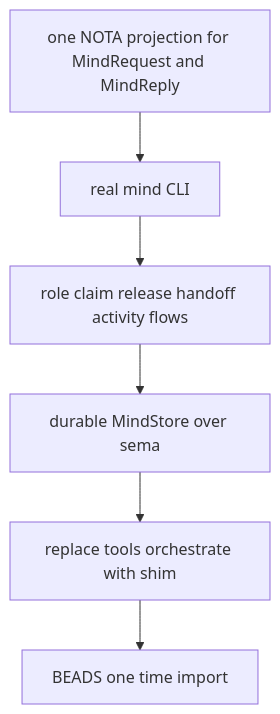
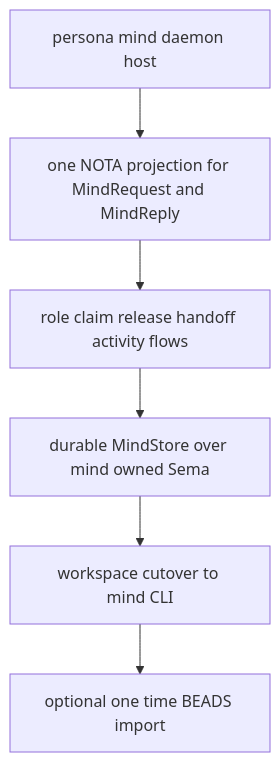
Diagram 13 of 13 in reports/operator/105-command-line-mind-architecture-survey.md (LiGoldragon/primary), drawn with Mermaid before and after one commit. The commit also changed other lines of this file and 3 other files, not shown here.

Commit message:
docs: settle command-line mind architecture

````diff
--- a/reports/operator/105-command-line-mind-architecture-survey.md
+++ b/reports/operator/105-command-line-mind-architecture-survey.md
@@ -781,8 +750,8 @@
 ```mermaid
-flowchart TD
-    text[one NOTA projection for MindRequest and MindReply] --> cli[real mind CLI]
-    cli --> roles[role claim release handoff activity flows]
-    roles --> store[durable MindStore over sema]
-    store --> shim[replace tools orchestrate with shim]
-    shim --> import[BEADS one time import]
+graph TD
+    daemon[persona mind daemon host] --> text[one NOTA projection for MindRequest and MindReply]
+    text --> roles[role claim release handoff activity flows]
+    roles --> store[durable MindStore over mind owned Sema]
+    store --> cutover[workspace cutover to mind CLI]
+    cutover --> import[optional one time BEADS import]
 ```
````
